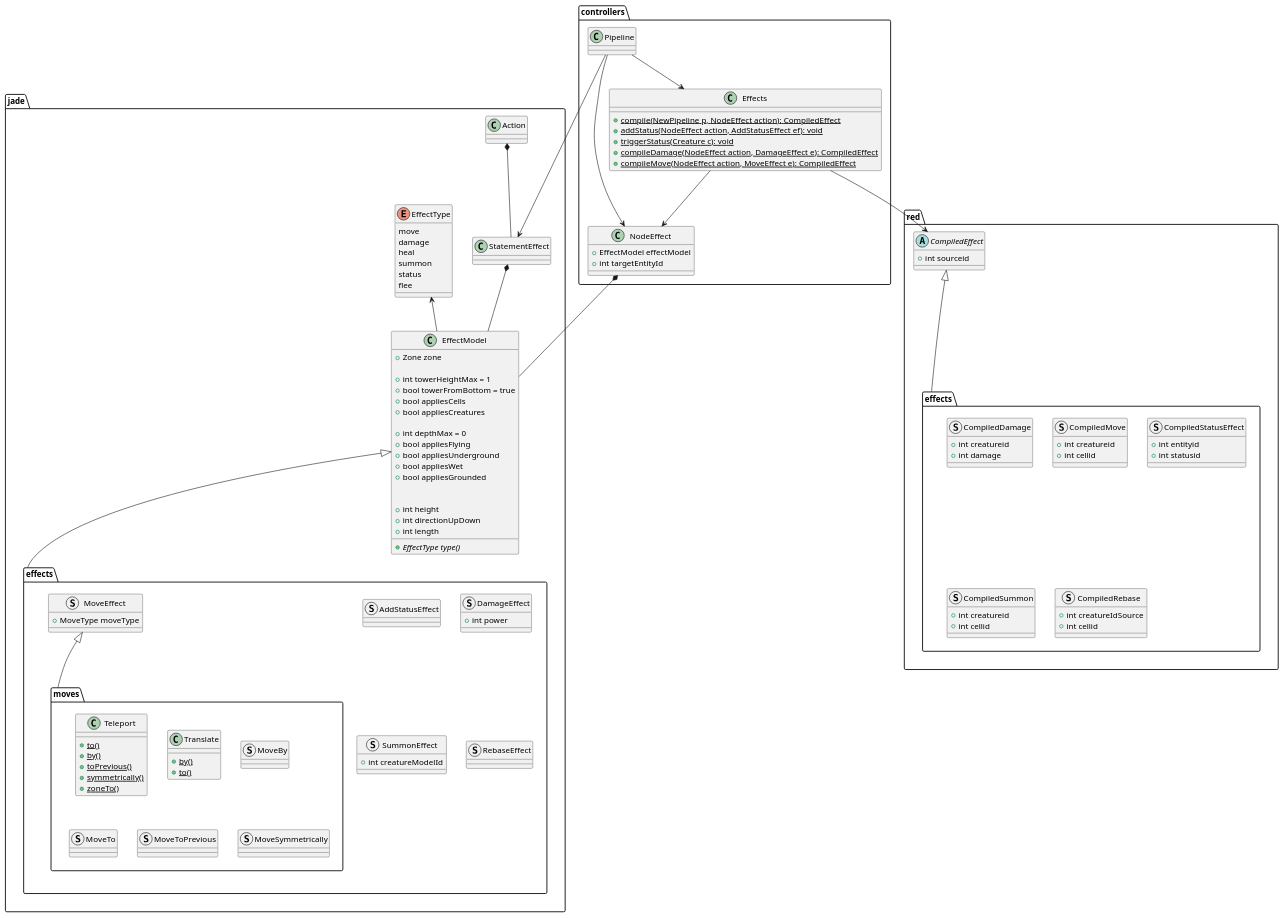
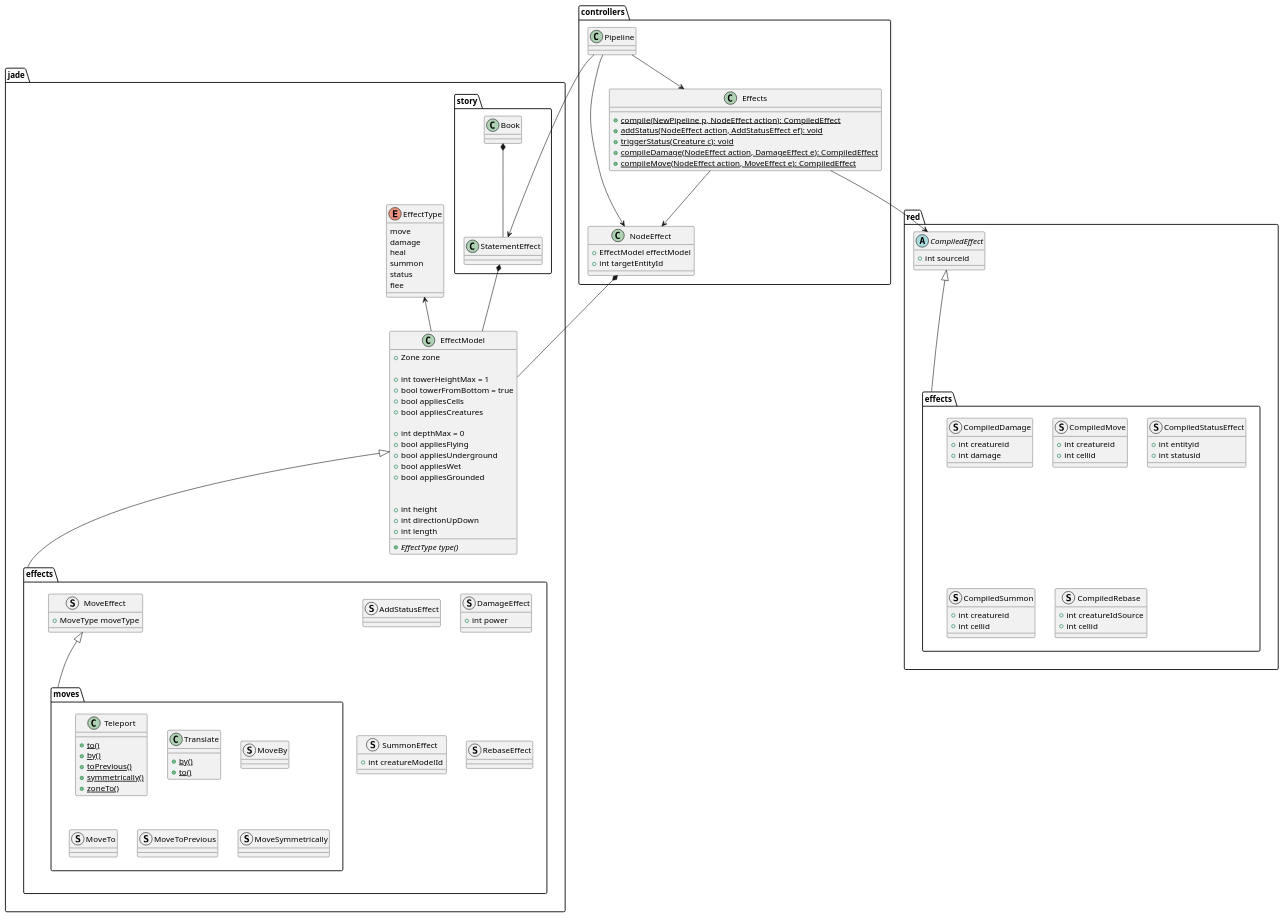
Before and after one commit to Souchy/Celebi: the diagram in doc/mdd.espeon/red/effects.puml, drawn with PlantUML. The commit also changed 6 other files, not shown here.

```diff
--- a/doc/mdd.espeon/red/effects.puml
+++ b/doc/mdd.espeon/red/effects.puml
@@ -1,145 +1,148 @@
 @startuml red
 
 skinparam groupInheritance 3
 
 package controllers {
 	class Pipeline {
 
 	}
 	Pipeline --> NodeEffect
 	class NodeEffect {
 		+EffectModel effectModel
 		+int targetEntityId
 	}
 
 	class Effects {
 		{static} +compile(NewPipeline p, NodeEffect action): CompiledEffect
 		{static} +addStatus(NodeEffect action, AddStatusEffect ef): void
 		{static} +triggerStatus(Creature c): void
 		{static} +compileDamage(NodeEffect action, DamageEffect e): CompiledEffect
 		{static} +compileMove(NodeEffect action, MoveEffect e): CompiledEffect
 
 	}
 	Effects --> NodeEffect
 	' NodeEffect <-- Effects
 	Pipeline --> Effects
 }
 
 package jade {
-	class Action {
+	package jade.story {
+		class Book {
 
+		}
+		Book *-- StatementEffect
+		class StatementEffect {
+
+		}
+		Pipeline --> StatementEffect
 	}
-	Action *-- StatementEffect
-	class StatementEffect {
-
-	}
-	Pipeline --> StatementEffect
 
 	enum EffectType {
 		move
 		damage
 		heal
 		summon
 		status
 		flee
 	}
 
 	class EffectModel {
 		+Zone zone
 
 		+int towerHeightMax = 1
 		+bool towerFromBottom = true
 		+bool appliesCells
 		+bool appliesCreatures
 
 		+int depthMax = 0
 		+bool appliesFlying
 		+bool appliesUnderground
 		+bool appliesWet
 		+bool appliesGrounded
 
 
 		+int height
 		+int directionUpDown
 		+int length
 
 		{abstract} +EffectType type()
 	}
 	NodeEffect *-- EffectModel
 
 	StatementEffect *-- EffectModel
 	EffectModel <|-- jade.effects
 	' EffectModel --> EffectType
 	EffectType <-- EffectModel
+
+	package jade.effects {
+		struct AddStatusEffect {
+
+		}
+		struct DamageEffect {
+			+int power
+		}
+
+		struct SummonEffect {
+			+int creatureModelId
+		}
+		struct RebaseEffect {
+
+		}
+		struct MoveEffect {
+			+MoveType moveType
+		}
+	}
+
+	package jade.effects.moves {
+		class Teleport {
+			{static} +to()
+			{static} +by()
+			{static} +toPrevious()
+			{static} +symmetrically()
+			{static} +zoneTo()
+		}
+		class Translate {
+			{static} +by()
+			{static} +to()
+		}
+		struct MoveBy {}
+		struct MoveTo {}
+		struct MoveToPrevious {}
+		struct MoveSymmetrically {}
+	}
+	MoveEffect <|-- jade.effects.moves
 }
 
-package jade.effects {
-	struct AddStatusEffect {
 
-	}
-	struct DamageEffect {
-		+int power
-	}
-
-	struct SummonEffect {
-		+int creatureModelId
-	}
-	struct RebaseEffect {
-
-	}
-	struct MoveEffect {
-		+MoveType moveType
-	}
-}
-
-package jade.effects.moves {
-	class Teleport {
-		{static} +to()
-		{static} +by()
-		{static} +toPrevious()
-		{static} +symmetrically()
-		{static} +zoneTo()
-	}
-	class Translate {
-		{static} +by()
-		{static} +to()
-	}
-	struct MoveBy {}
-	struct MoveTo {}
-	struct MoveToPrevious {}
-	struct MoveSymmetrically {}
-}
-MoveEffect <|-- jade.effects.moves
 
 package red {
 	abstract CompiledEffect {
 		+int sourceid
 	}
 	Effects --> CompiledEffect
-}
-
-package red.effects {
-	struct CompiledDamage {
-		+int creatureid
-		+int damage
-	}
-	struct CompiledMove {
-		+int creatureid
-		+int cellid
-	}
-	struct CompiledStatusEffect {
-		+int entityid
-		+int statusid
-	}
-	struct CompiledSummon {
-		+int creatureid
-		+int cellid
-	}
-	struct CompiledRebase {
-		+int creatureIdSource
-		+int cellid
+	package red.effects {
+		struct CompiledDamage {
+			+int creatureid
+			+int damage
+		}
+		struct CompiledMove {
+			+int creatureid
+			+int cellid
+		}
+		struct CompiledStatusEffect {
+			+int entityid
+			+int statusid
+		}
+		struct CompiledSummon {
+			+int creatureid
+			+int cellid
+		}
+		struct CompiledRebase {
+			+int creatureIdSource
+			+int cellid
+		}
 	}
 }
 CompiledEffect <|-- red.effects
 
 @enduml
```
